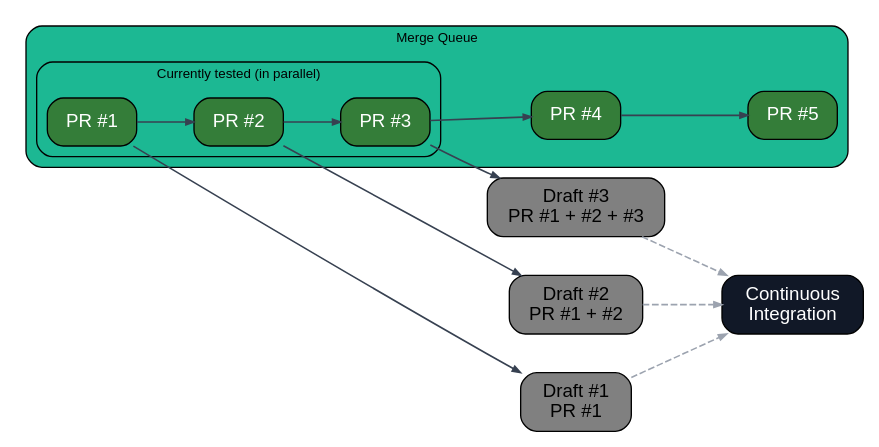
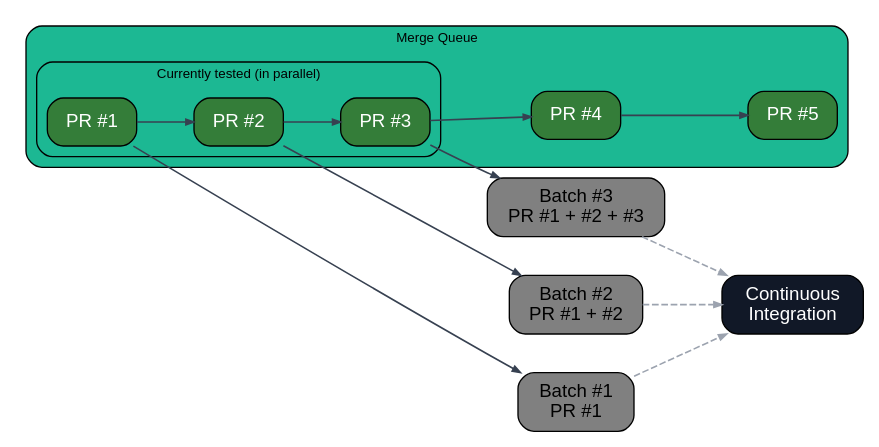
One commit to Mergifyio/docs changed the diagram in src/content/docs/merge-queue/parallel-checks.mdx. Above: the diagram before and after it, drawn with Graphviz. The commit also changed other lines of this file and 3 other files, not shown here.

First line of the commit message:
docs: rename "draft PR" to "batch PR" throughout merge queue docs (#10963)

````diff
--- a/src/content/docs/merge-queue/parallel-checks.mdx
+++ b/src/content/docs/merge-queue/parallel-checks.mdx
@@ -30,70 +30,70 @@
 ```dot class="graph"
 strict digraph "Parallel Checks" {
   rankdir=LR;
   fontname="sans-serif";
   fontsize=10;
   nodesep=0.4;
   ranksep=0.6;
 
   // Default styles
   node [shape=box, style="rounded,filled", fillcolor="#6B7280", fontcolor=white, fontname="sans-serif", margin="0.2,0.1"]
   edge [color="#374151", arrowsize=0.6, penwidth=1.2, fontname="sans-serif"];
 
   subgraph cluster_mergequeue {
     label = "Merge Queue";
     style="rounded,filled";
     fillcolor="#1CB893";
     color="#000000";
     fontcolor="#000000";
     fontsize=10;
 
     subgraph cluster_specmerge {
       label="Currently tested (in parallel)";
-      // Add a bit of padding around labels inside draft nodes
+      // Add a bit of padding around labels inside batch nodes
       node [];
       style="rounded";
       color="#000";
       fontcolor="#000";
       pr1 [label="PR #1", fillcolor="#347D39"]
       pr2 [label="PR #2", fillcolor="#347D39"]
       pr3 [label="PR #3", fillcolor="#347D39"]
       pr1 -> pr2;
       pr2 -> pr3;
     }
 
     pr4 [label="PR #4", fillcolor="#347D39"]
     pr5 [label="PR #5", fillcolor="#347D39"]
     pr3 -> pr4;
     pr4 -> pr5;
   }
 
   subgraph cluster_specchecks {
     label = "Currently Tested\n(in Parallel)";
     labelloc="t";
     labeljust="c";
     style="rounded,filled";
     fillcolor="#374151";
     color="#1CB893";
     fontcolor="black";
     fontsize=11;
 
-    traincar1 [label="Draft #1\nPR #1", fontcolor=black, fillcolor="grey"]
-    traincar2 [label="Draft #2\nPR #1 + #2", fontcolor=black, fillcolor="grey"]
-    traincar3 [label="Draft #3\nPR #1 + #2 + #3", fontcolor=black, fillcolor="grey"]
+    traincar1 [label="Batch #1\nPR #1", fontcolor=black, fillcolor="grey"]
+    traincar2 [label="Batch #2\nPR #1 + #2", fontcolor=black, fillcolor="grey"]
+    traincar3 [label="Batch #3\nPR #1 + #2 + #3", fontcolor=black, fillcolor="grey"]
   }
 
-  // Map queue to drafts
+  // Map queue to batches
   pr1 -> traincar1 [color="#374151"];
   pr2 -> traincar2 [color="#374151"];
   pr3 -> traincar3 [color="#374151"];
 
   // CI
   ci [label="Continuous\nIntegration", shape=box, style="rounded,filled", fillcolor="#111827", fontcolor=white]
   traincar1 -> ci [style=dashed, color="#9CA3AF"];
   traincar2 -> ci [style=dashed, color="#9CA3AF"];
   traincar3 -> ci [style=dashed, color="#9CA3AF"];
 
   { rank=same; traincar1; traincar2; traincar3; }
 }
 
 ```
````
